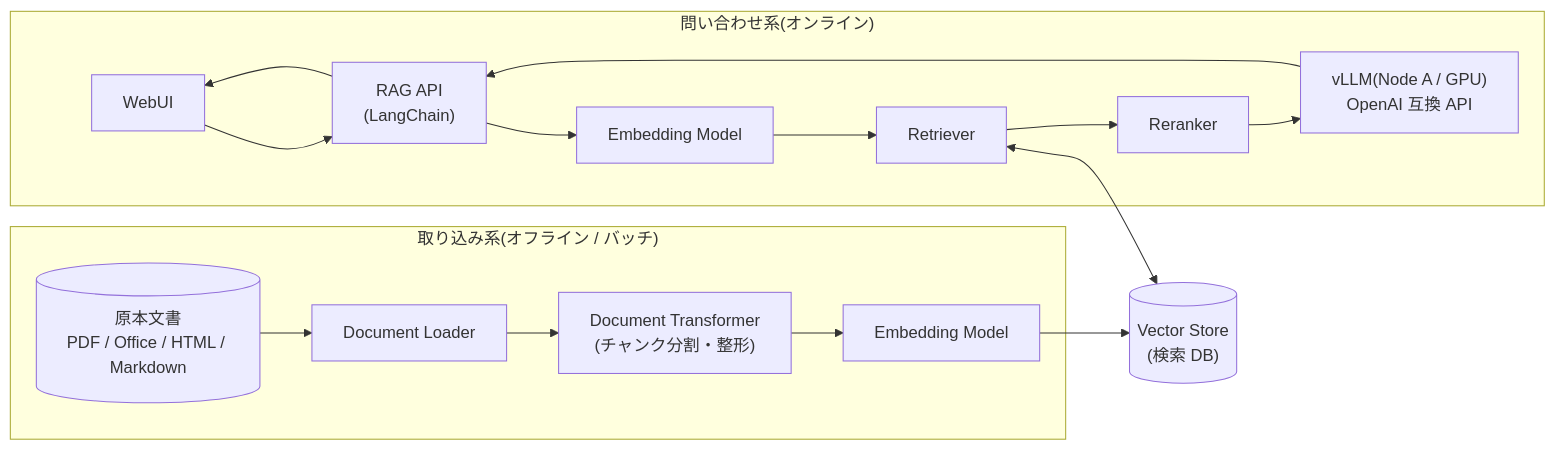
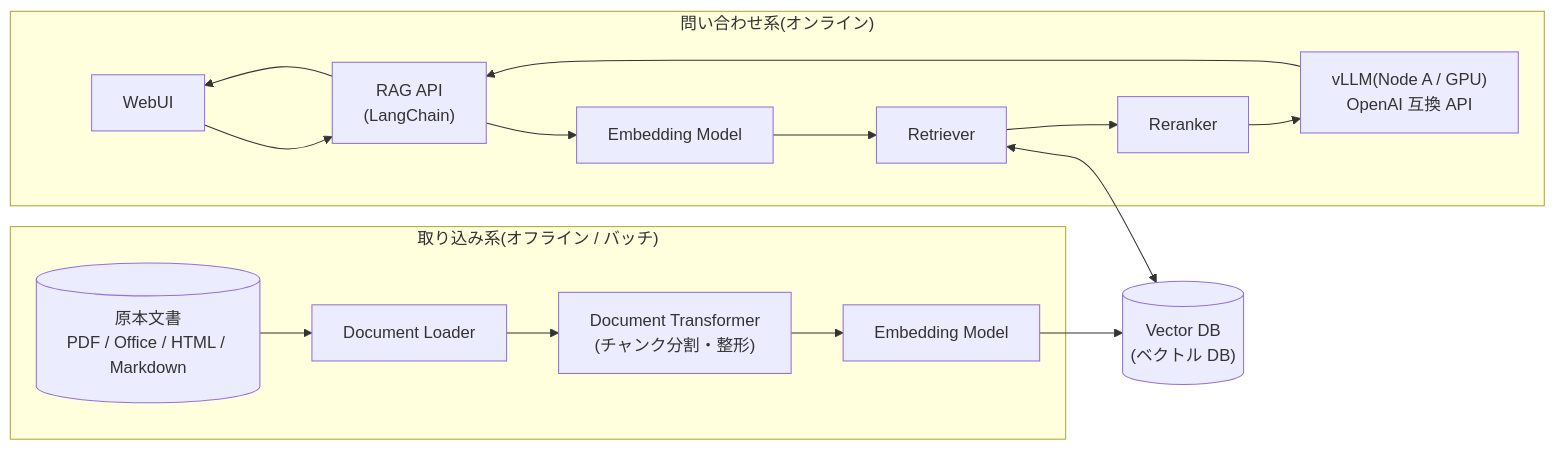
The first of 2 diagrams in README.md (irimura/rag-system), drawn with Mermaid before and after one commit. The commit also changed other lines of this file and 10 other files, not shown here.

````diff
--- a/README.md
+++ b/README.md
@@ -41,26 +41,26 @@
 ```mermaid
 flowchart LR
     subgraph ingest["取り込み系(オフライン / バッチ)"]
         SRC[("原本文書<br/>PDF / Office / HTML / Markdown")]
         DL["Document Loader"]
         TR["Document Transformer<br/>(チャンク分割・整形)"]
         EM1["Embedding Model"]
         SRC --> DL --> TR --> EM1
     end
 
     subgraph query["問い合わせ系(オンライン)"]
         UI["WebUI"]
         API["RAG API<br/>(LangChain)"]
         EM2["Embedding Model"]
         RET["Retriever"]
         RR["Reranker"]
         LLM["vLLM(Node A / GPU)<br/>OpenAI 互換 API"]
         UI --> API
         API --> EM2 --> RET --> RR --> LLM
         LLM --> API --> UI
     end
 
-    VDB[("Vector Store<br/>(検索 DB)")]
+    VDB[("Vector DB<br/>(ベクトル DB)")]
     EM1 --> VDB
     RET <--> VDB
 ```
````
